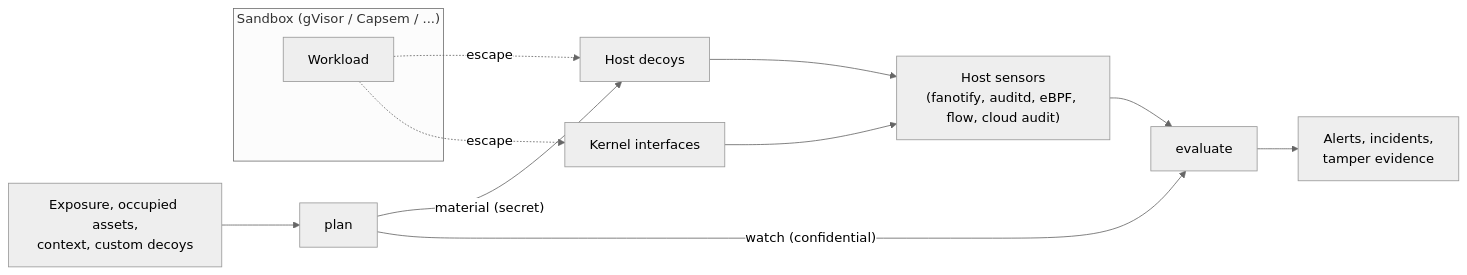
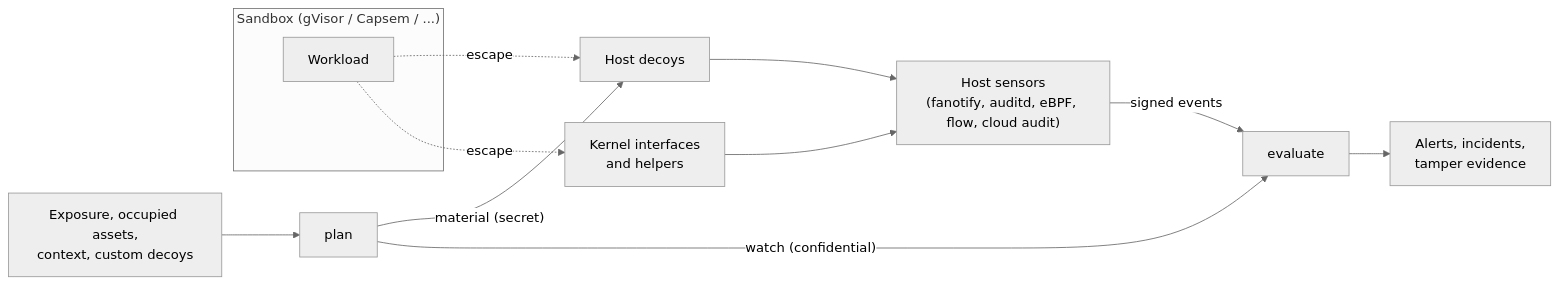
One commit to allsmog/sandbox-honeypot changed the diagram in components/sandbox-tripwire/component.md. Above: the diagram before and after it, drawn with Mermaid (neutral theme). The commit also changed other lines of this file and 11 other files, not shown here.

````diff
--- a/components/sandbox-tripwire/component.md
+++ b/components/sandbox-tripwire/component.md
@@ -64,15 +66,15 @@
 ```mermaid
 flowchart LR
     subgraph Sandbox["Sandbox (gVisor / Capsem / ...)"]
         W["Workload"]
     end
     W -. "escape" .-> D["Host decoys"]
-    W -. "escape" .-> K
+    W -. "escape" .-> K["Kernel interfaces<br/>and helpers"]
     X["Exposure, occupied assets,<br/>context, custom decoys"] --> P["plan"]
     P -- "material (secret)" --> D
     P -- "watch (confidential)" --> E["evaluate"]
-    K["Kernel interfaces"] --> S
+    K --> S
     D --> S["Host sensors<br/>(fanotify, auditd, eBPF, flow, cloud audit)"]
-    S --> E
+    S -- "signed events" --> E
     E --> A["Alerts, incidents,<br/>tamper evidence"]
 ```
````
